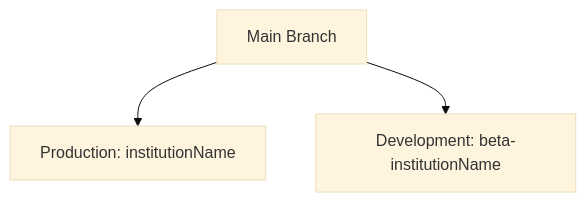
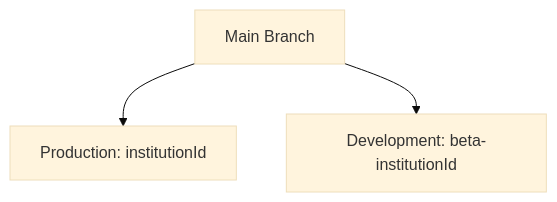
The diagram in README.md (Intelligent-Cloud-Applications/code-generator), drawn with Mermaid (base theme) before and after one commit.

````diff
--- a/README.md
+++ b/README.md
@@ -73,5 +73,5 @@
 ```mermaid
 graph TD
-    A[Main Branch] --> B[Production: institutionName]
-    A --> C[Development: beta-institutionName]
+    A[Main Branch] --> B[Production: institutionId]
+    A --> C[Development: beta-institutionId]
 ```
````
